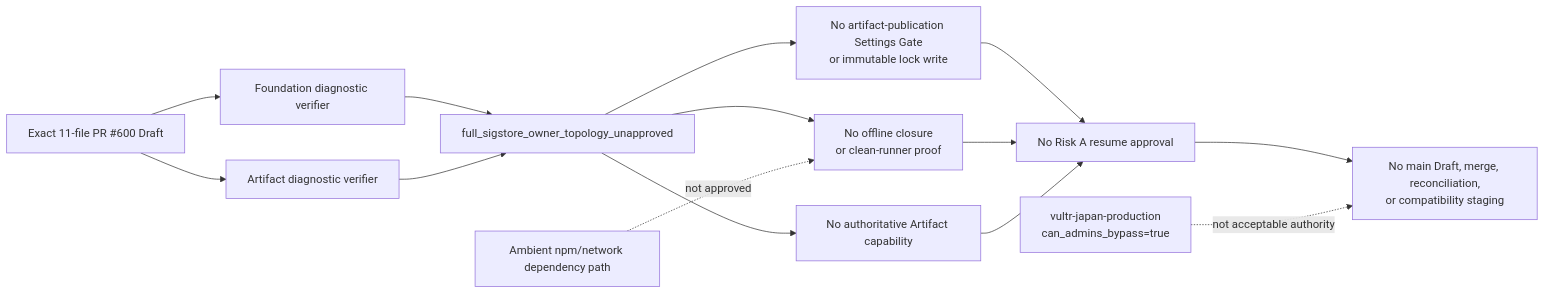
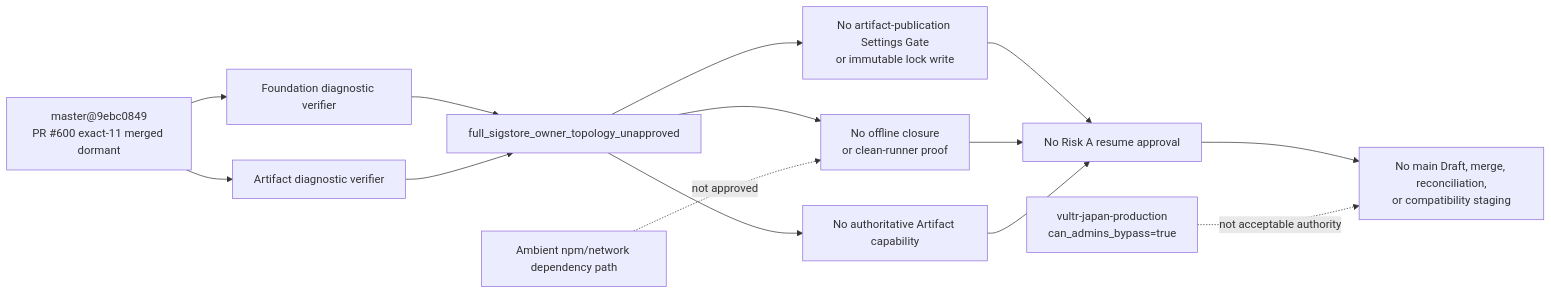
One commit to FlyLink-com/proxy-gateway-minimal changed the diagram in docs/superpowers/topology-addendum/2026-08-11-control-plane-supply-chain/diagrams/unify-supply-chain-authority-before.mmd. Above: the diagram before and after it, drawn with Mermaid. The commit also changed 6 other files, not shown here.

```diff
--- a/docs/superpowers/topology-addendum/2026-08-11-control-plane-supply-chain/diagrams/unify-supply-chain-authority-before.mmd
+++ b/docs/superpowers/topology-addendum/2026-08-11-control-plane-supply-chain/diagrams/unify-supply-chain-authority-before.mmd
@@ -1,14 +1,14 @@
 flowchart LR
-  A["Exact 11-file PR #600 Draft"] --> B["Foundation diagnostic verifier"]
+  A["master@9ebc0849\nPR #600 exact-11 merged dormant"] --> B["Foundation diagnostic verifier"]
   A --> C["Artifact diagnostic verifier"]
   B --> D["full_sigstore_owner_topology_unapproved"]
   C --> D
   D --> E["No artifact-publication Settings Gate\nor immutable lock write"]
   D --> F["No offline closure\nor clean-runner proof"]
   D --> G["No authoritative Artifact capability"]
   E --> H["No Risk A resume approval"]
   F --> H
   G --> H
   H --> I["No main Draft, merge, reconciliation,\nor compatibility staging"]
   J["Ambient npm/network dependency path"] -. "not approved" .-> F
   K["vultr-japan-production\ncan_admins_bypass=true"] -. "not acceptable authority" .-> I
```
